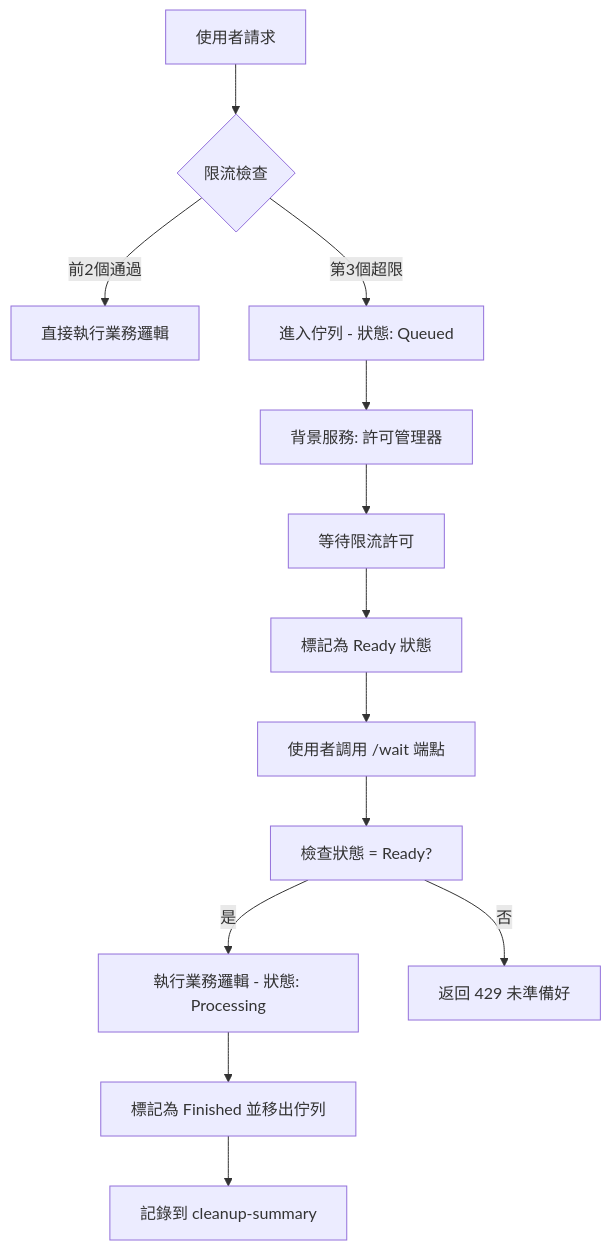
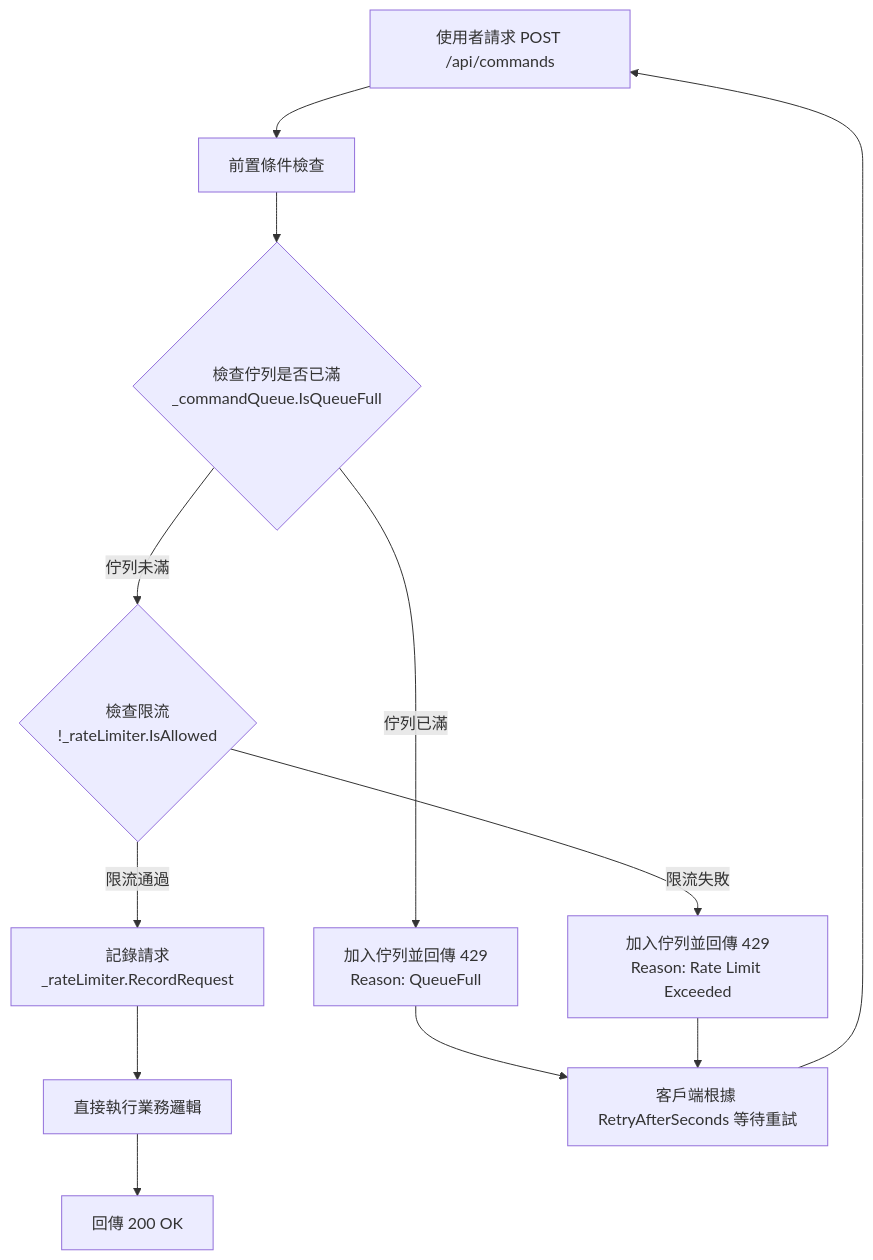
One commit to yaochangyu/sample.dotblog changed the first of 2 diagrams in Rate Limit/Lab.QueueApi/CLAUDE.md. Above: the diagram before and after it, drawn with Mermaid. The commit also changed other lines of this file and 11 other files, not shown here.

Commit message:
🔧 修正(file): 將限流檢查方法命名從 IsRequestAllowed() 改為 IsAllowed()，提升一致性與可讀性。

````diff
--- a/Rate Limit/Lab.QueueApi/CLAUDE.md
+++ b/Rate Limit/Lab.QueueApi/CLAUDE.md
@@ -42,15 +42,18 @@
 ```mermaid
 graph TD
-    A[使用者請求] --> B{限流檢查}
-    B -->|前2個通過| C[直接執行業務邏輯]
-    B -->|第3個超限| D[進入佇列 - 狀態: Queued]
-    D --> E[背景服務: 許可管理器]
-    E --> F[等待限流許可]
-    F --> G[標記為 Ready 狀態]
-    G --> H[使用者調用 /wait 端點]
-    H --> I[檢查狀態 = Ready?]
-    I -->|是| J[執行業務邏輯 - 狀態: Processing]
-    I -->|否| K[返回 429 未準備好]
-    J --> L[標記為 Finished 並移出佇列]
-    L --> M[記錄到 cleanup-summary]
+    A[使用者請求 POST /api/commands] --> B[前置條件檢查]
+
+    B --> C{檢查佇列是否已滿<br/>_commandQueue.IsQueueFull}
+    C -->|佇列已滿| D[加入佇列並回傳 429<br/>Reason: QueueFull]
+
+    C -->|佇列未滿| E{檢查限流<br/>!_rateLimiter.IsAllowed}
+    E -->|限流失敗| F[加入佇列並回傳 429<br/>Reason: Rate Limit Exceeded]
+
+    E -->|限流通過| G[記錄請求<br/>_rateLimiter.RecordRequest]
+    G --> H[直接執行業務邏輯]
+    H --> I[回傳 200 OK]
+
+    D --> J[客戶端根據 RetryAfterSeconds 等待重試]
+    F --> J
+    J --> A
 ```
````
